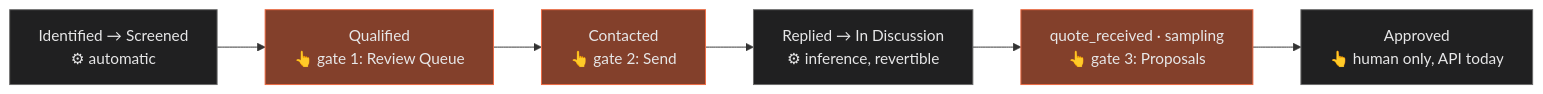
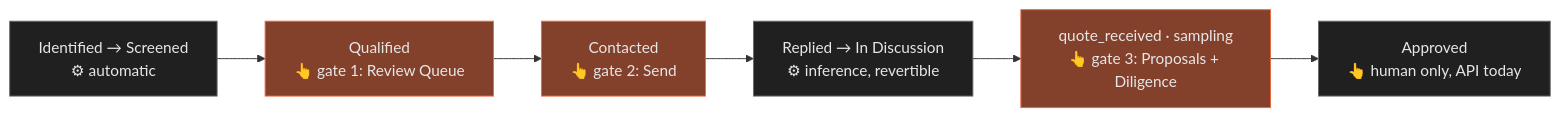
Before and after one commit to jerry1998728/vendor-sourcing: the second of 3 diagrams in README.md, drawn with Mermaid. The commit also changed other lines of this file and 2 other files, not shown here.

First line of the commit message:
Batch E: docs for the lifecycle grouping, hovers and the diligence checklist

````diff
--- a/README.md
+++ b/README.md
@@ -98,6 +112,6 @@
 ```mermaid
 flowchart LR
   classDef gate fill:#83402B,stroke:#ED6941,color:#E7E7E8
   classDef auto fill:#202021,stroke:#6B6B6B,color:#E7E7E8
-  J1["Identified → Screened<br/>⚙ automatic"]:::auto --> J2["Qualified<br/>👆 gate 1: Review Queue"]:::gate --> J3["Contacted<br/>👆 gate 2: Send"]:::gate --> J4["Replied → In Discussion<br/>⚙ inference, revertible"]:::auto --> J5["quote_received · sampling<br/>👆 gate 3: Proposals"]:::gate --> J6["Approved<br/>👆 human only, API today"]:::auto
+  J1["Identified → Screened<br/>⚙ automatic"]:::auto --> J2["Qualified<br/>👆 gate 1: Review Queue"]:::gate --> J3["Contacted<br/>👆 gate 2: Send"]:::gate --> J4["Replied → In Discussion<br/>⚙ inference, revertible"]:::auto --> J5["quote_received · sampling<br/>👆 gate 3: Proposals + Diligence"]:::gate --> J6["Approved<br/>👆 human only, API today"]:::auto
 ```
````
